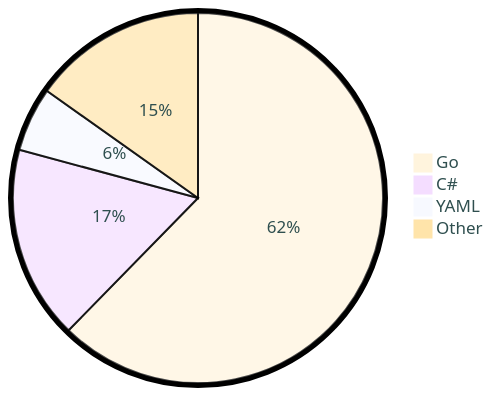
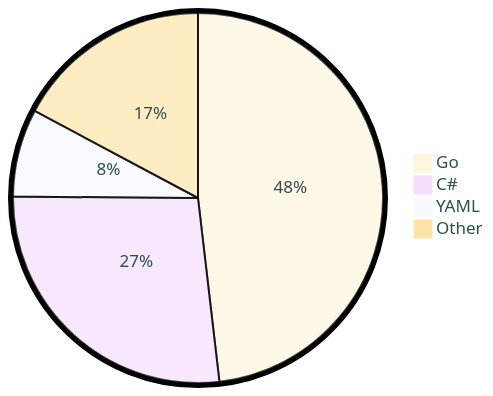
Before and after one commit to tot0p/tot0p: the diagram in README.md, drawn with Mermaid. The commit also changed other lines of this file, not shown here.

````diff
--- a/README.md
+++ b/README.md
@@ -81,8 +78,8 @@
 ```mermaid
 %%{init: {"pie": {"textPosition": 0.5}, "themeVariables": {"pieOuterStrokeWidth": "5px","primaryTextColor" : "#2F4F4F"},"theme":"base"} }%%
 pie
-	"Go": 62.33
-	"C#": 16.88
-	"YAML": 5.62
-	"Other": 15.18
+	"Go": 48.15
+	"C#": 26.97
+	"YAML": 7.68
+	"Other": 17.2
 ```
````
